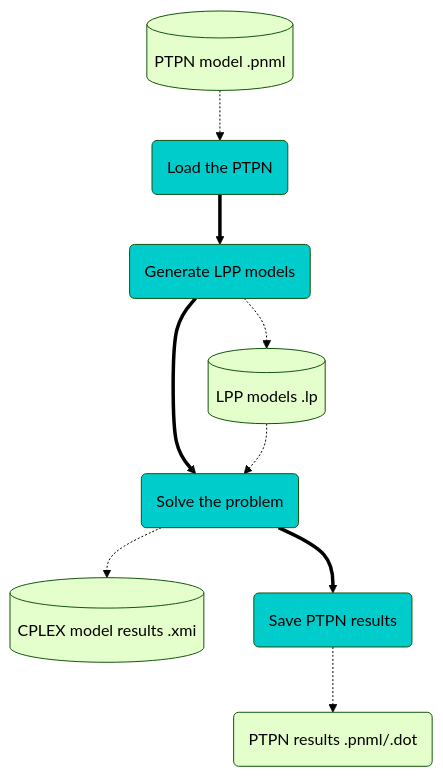
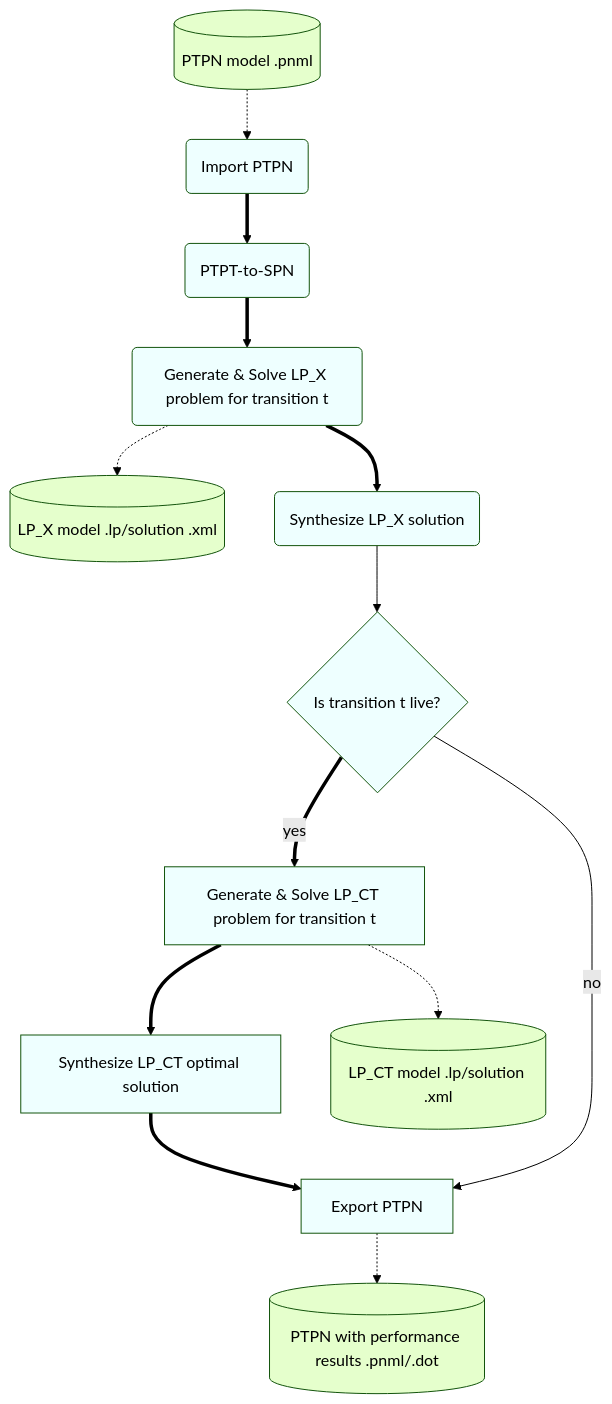
Before and after one commit to simber72/PTPNperfbound: the first of 3 diagrams in doc/Solver_modules.md, drawn with Mermaid (forest theme). The commit also changed other lines of this file and 1 other file, not shown here.

````diff
--- a/doc/Solver_modules.md
+++ b/doc/Solver_modules.md
@@ -27,17 +28,21 @@
 ```mermaid
 flowchart TB
 %%Workflow
-s1(Load the PTPN) ==> s2(Generate LPP models)
-s2 ==> s3(Solve the problem)   
+s1(Import PTPN) ==> s2(PTPT-to-SPN)
+s2 ==> s3(Generate & Solve LP_X problem for transition t)   
 %%Dataflow
-PNsource[(PTPN model .pnml)] -.-> s1
-s2 -.->Opt[(LPP models .lp)]
-Opt -.-> s3
-s3 -.-> OptSol[(CPLEX model results .xmi)]
-s3 ==> s4(Save PTPN results)
-s4 -.->BoundRes(PTPN results .pnml/.dot)
+d1[(PTPN model .pnml)] -.-> s1
+s3 -.->d2[(LP_X model .lp/solution .xml)]
+s3 ==> s4(Synthesize LP_X solution)
+s4 --> s5{Is transition t live?}
+s5 ==>|yes| s6[Generate & Solve LP_CT problem for transition t]
+s6 ==> s7[Synthesize LP_CT optimal solution]
+s6 -.-> d4[(LP_CT model .lp/solution .xml)]
+s7 ==> s8
+s5 -->|no| s8[Export PTPN]
+s8 -.->d3[(PTPN with performance results .pnml/.dot)]
 classDef data  fill:#E5FFCC;
-class PNsource,Opt,OptSol,BoundRes data;
-classDef step fill:#00CCCC
-class s1,s2,s3,s4 step;
+class d1,d2,d3,d4 data;
+classDef step fill:#EEFFFF;
+class s1,s2,s3,s4,s5,s6,s7,s8 step;
 ```
````
